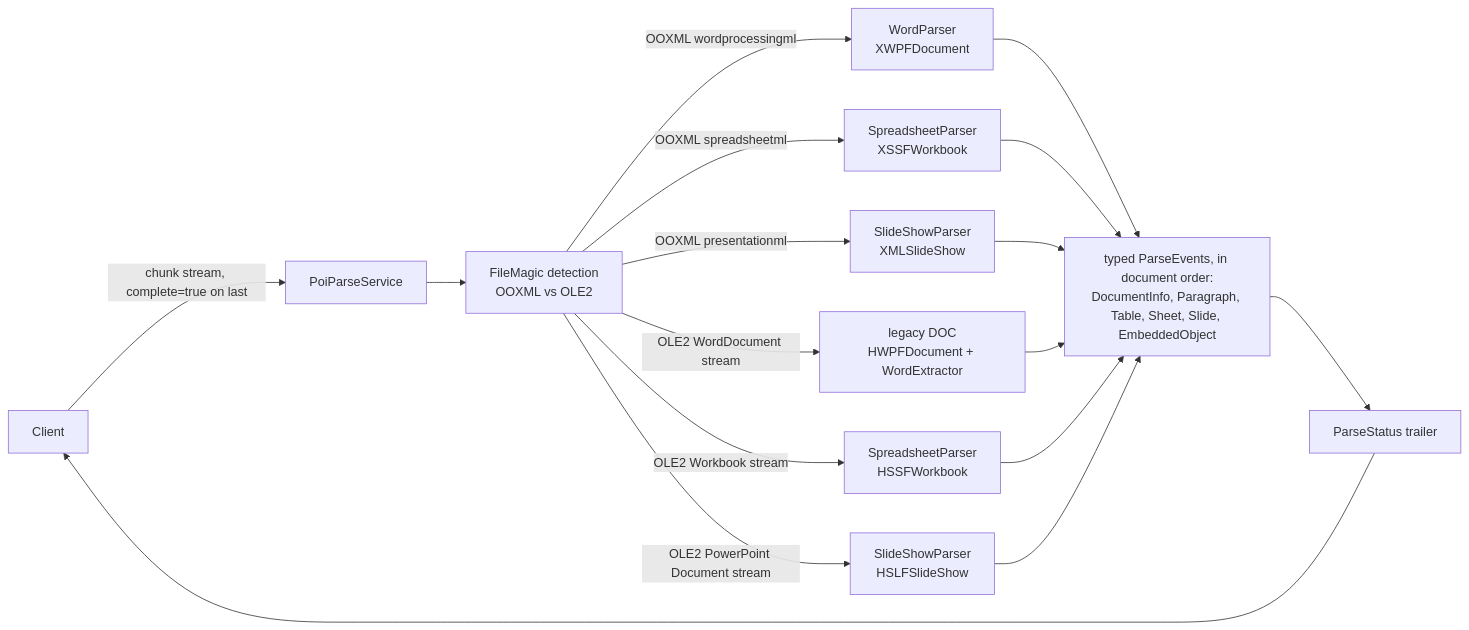
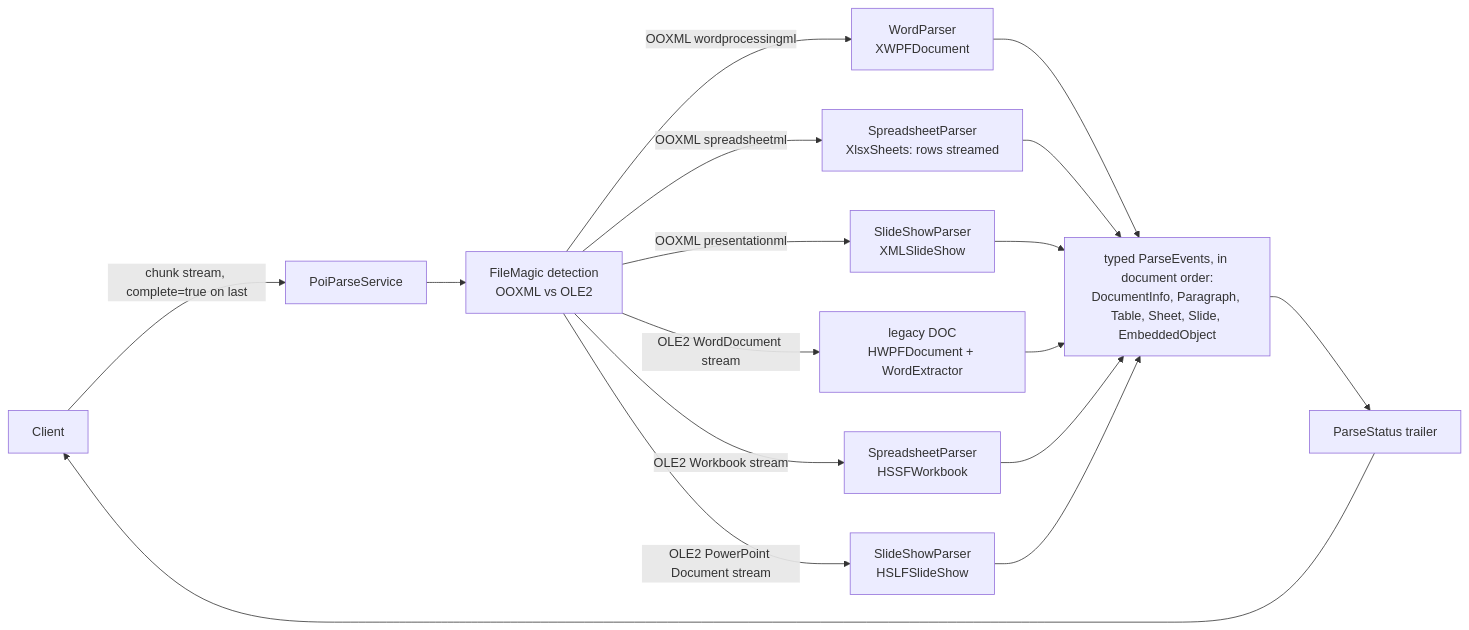
Before and after one commit to ai-pipestream/grPOIc: the diagram in README.md, drawn with Mermaid. The commit also changed other lines of this file and 6 other files, not shown here.

````diff
--- a/README.md
+++ b/README.md
@@ -19,14 +19,14 @@
 ```mermaid
 flowchart LR
     client[Client] -->|"chunk stream, complete=true on last"| svc[PoiParseService]
     svc --> magic["FileMagic detection<br/>OOXML vs OLE2"]
     magic -->|OOXML wordprocessingml| word["WordParser<br/>XWPFDocument"]
-    magic -->|OOXML spreadsheetml| xlsx["SpreadsheetParser<br/>XSSFWorkbook"]
+    magic -->|OOXML spreadsheetml| xlsx["SpreadsheetParser<br/>XlsxSheets: rows streamed"]
     magic -->|OOXML presentationml| pptx["SlideShowParser<br/>XMLSlideShow"]
     magic -->|OLE2 WordDocument stream| doc["legacy DOC<br/>HWPFDocument + WordExtractor"]
     magic -->|OLE2 Workbook stream| xls["SpreadsheetParser<br/>HSSFWorkbook"]
     magic -->|OLE2 PowerPoint Document stream| ppt["SlideShowParser<br/>HSLFSlideShow"]
     word & xlsx & pptx & doc & xls & ppt --> events["typed ParseEvents, in document order:<br/>DocumentInfo, Paragraph, Table, Sheet, Slide, EmbeddedObject"]
     events --> status[ParseStatus trailer]
     status --> client
 ```
````
